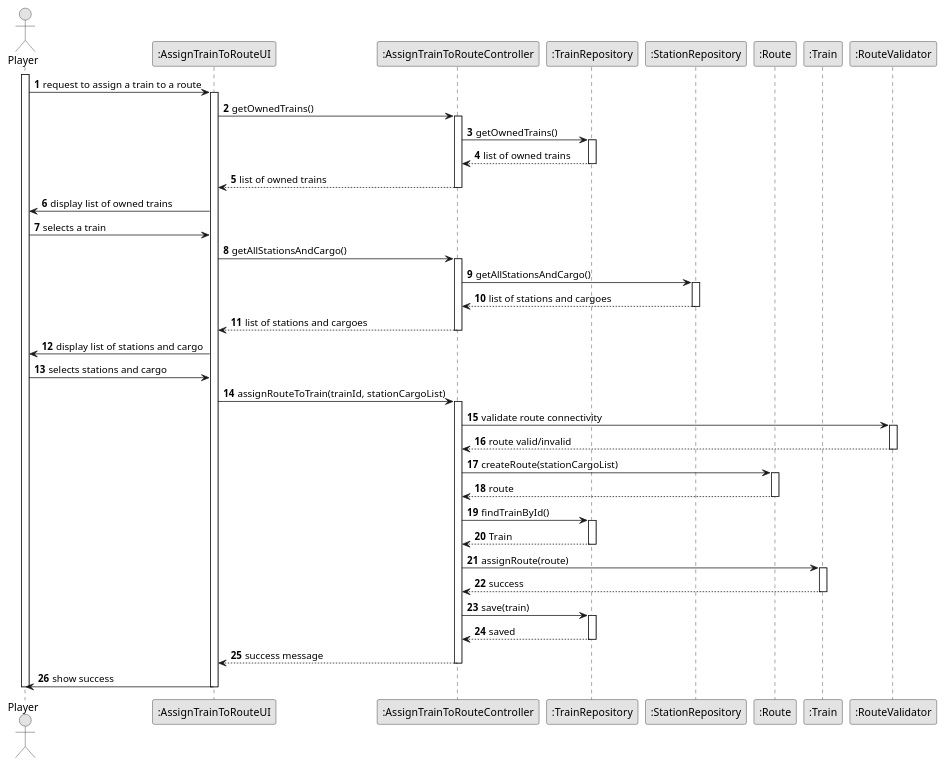
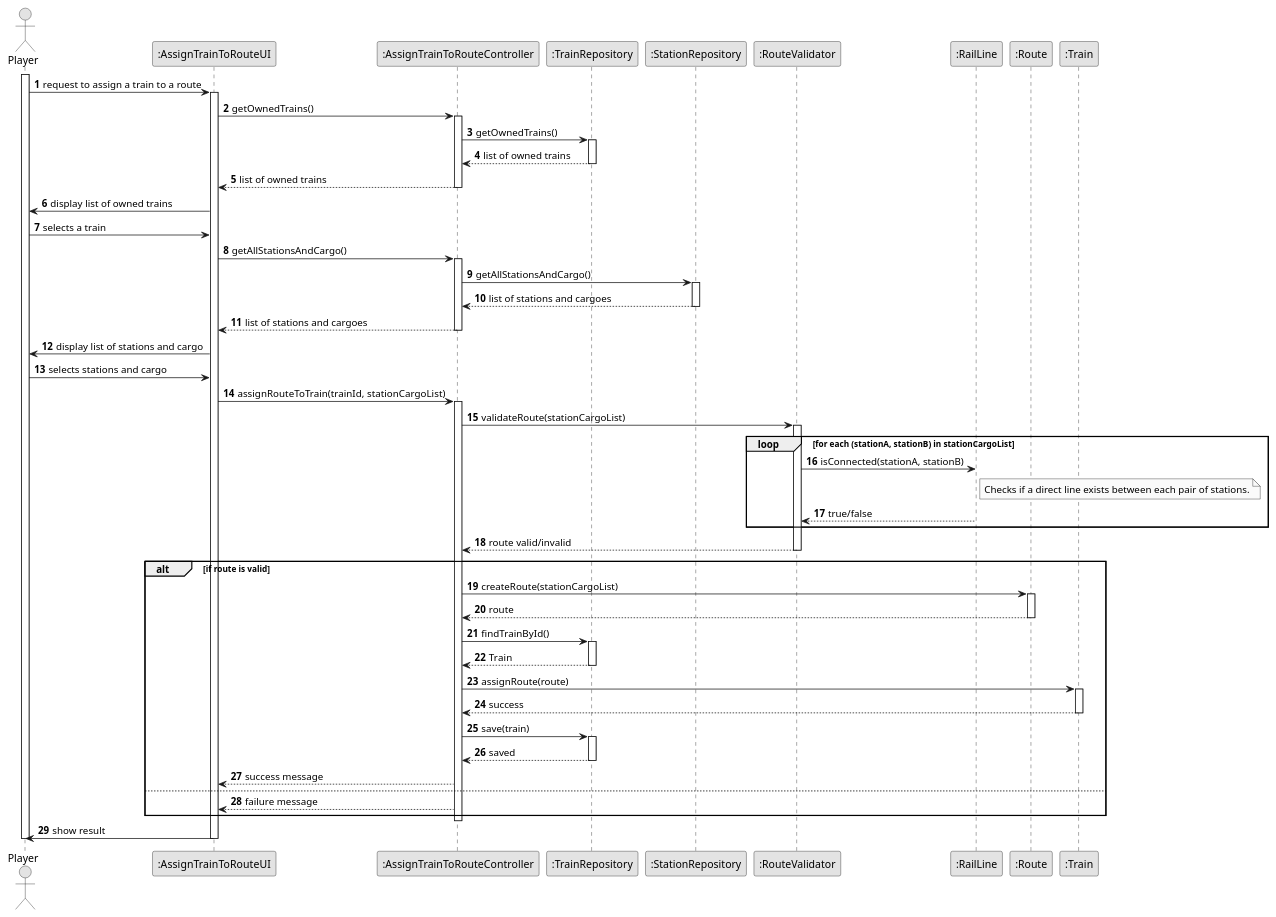
The diagram in docs/system-documentation/US010/03.design/puml/US010-SD-full.puml (1240826/empire-on-tracks), drawn with PlantUML before and after one commit. The commit also changed 10 other files, not shown here.

```diff
--- a/docs/system-documentation/US010/03.design/puml/US010-SD-full.puml
+++ b/docs/system-documentation/US010/03.design/puml/US010-SD-full.puml
@@ -1,79 +1,94 @@
 @startuml
 skinparam monochrome true
 skinparam packageStyle rectangle
 skinparam shadowing false
 
 autonumber
 
-'hide footbox
 actor Player
 participant ":AssignTrainToRouteUI" as UI
 participant ":AssignTrainToRouteController" as Controller
 participant ":TrainRepository" as TrainRepo
 participant ":StationRepository" as StationRepo
+participant ":RouteValidator" as RouteValidator
+participant ":RailLine" as RailLine
 participant ":Route" as Route
 participant ":Train" as Train
-participant ":RouteValidator" as Validator
 
 activate Player
 Player -> UI : request to assign a train to a route
 activate UI
 
 UI -> Controller : getOwnedTrains()
 activate Controller
 Controller -> TrainRepo : getOwnedTrains()
 activate TrainRepo
 TrainRepo --> Controller : list of owned trains
 deactivate TrainRepo
 Controller --> UI : list of owned trains
 deactivate Controller
 
 UI -> Player : display list of owned trains
 Player -> UI : selects a train
 
 UI -> Controller : getAllStationsAndCargo()
 activate Controller
 Controller -> StationRepo : getAllStationsAndCargo()
 activate StationRepo
 StationRepo --> Controller : list of stations and cargoes
 deactivate StationRepo
 Controller --> UI : list of stations and cargoes
 deactivate Controller
 
 UI -> Player : display list of stations and cargo
 Player -> UI : selects stations and cargo
 
 UI -> Controller : assignRouteToTrain(trainId, stationCargoList)
 activate Controller
-Controller -> Validator : validate route connectivity
-activate Validator
-Validator --> Controller : route valid/invalid
-deactivate Validator
+Controller -> RouteValidator : validateRoute(stationCargoList)
+activate RouteValidator
 
-Controller -> Route : createRoute(stationCargoList)
-activate Route
-Route --> Controller : route
-deactivate Route
+loop for each (stationA, stationB) in stationCargoList
+    RouteValidator -> RailLine : isConnected(stationA, stationB)
+    note right of RailLine
+        Checks if a direct line exists between each pair of stations.
+    end note
+    RailLine --> RouteValidator : true/false
+end
+' ===================================================
 
-Controller -> TrainRepo : findTrainById()
-activate TrainRepo
-TrainRepo --> Controller : Train
-deactivate TrainRepo
+RouteValidator --> Controller : route valid/invalid
+deactivate RouteValidator
 
-Controller -> Train : assignRoute(route)
-activate Train
-Train --> Controller : success
-deactivate Train
+alt if route is valid
+    Controller -> Route : createRoute(stationCargoList)
+    activate Route
+    Route --> Controller : route
+    deactivate Route
 
-Controller -> TrainRepo : save(train)
-activate TrainRepo
-TrainRepo --> Controller : saved
-deactivate TrainRepo
+    Controller -> TrainRepo : findTrainById()
+    activate TrainRepo
+    TrainRepo --> Controller : Train
+    deactivate TrainRepo
 
-Controller --> UI : success message
+    Controller -> Train : assignRoute(route)
+    activate Train
+    Train --> Controller : success
+    deactivate Train
+
+    Controller -> TrainRepo : save(train)
+    activate TrainRepo
+    TrainRepo --> Controller : saved
+    deactivate TrainRepo
+
+    Controller --> UI : success message
+else
+    Controller --> UI : failure message
+end
+
 deactivate Controller
-UI -> Player : show success
+UI -> Player : show result
 
 deactivate UI
 deactivate Player
 @enduml
```
